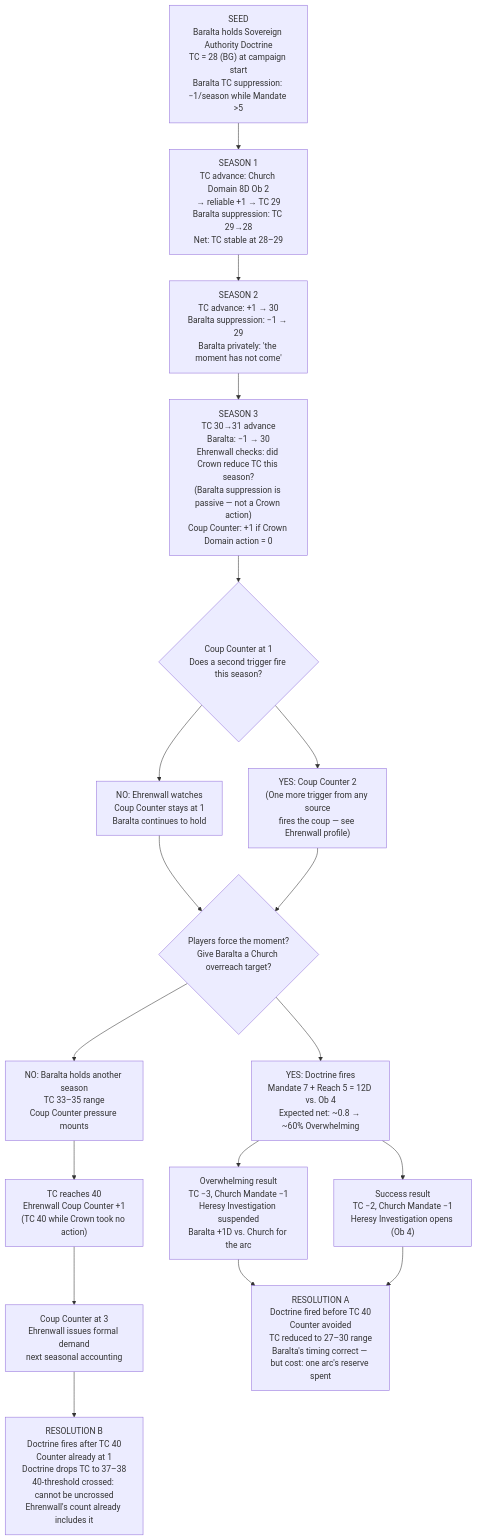
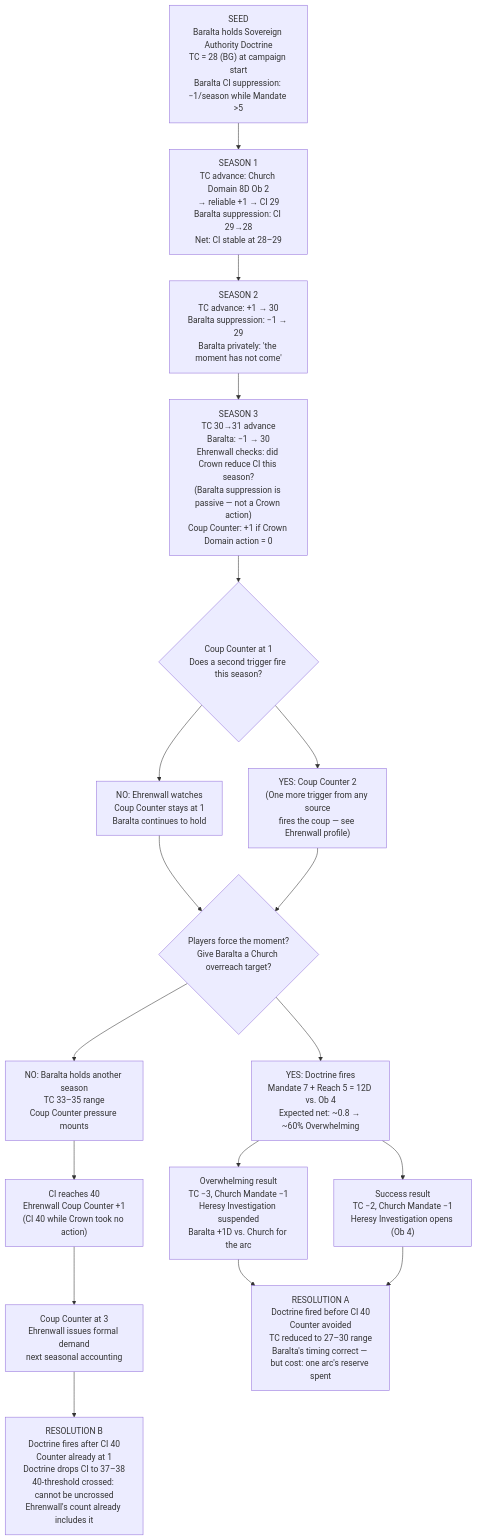
The third of 4 diagrams in designs/arcs/gm_ref/arcs_01_04.md (jordanelias/ttrpg), drawn with Mermaid before and after one commit. The commit also changed other lines of this file and 59 other files, not shown here.

````diff
--- a/designs/arcs/gm_ref/arcs_01_04.md
+++ b/designs/arcs/gm_ref/arcs_01_04.md
@@ -170,26 +170,26 @@
 ```mermaid
 flowchart TD
-    A["SEED\nBaralta holds Sovereign Authority Doctrine\nTC = 28 (BG) at campaign start\nBaralta TC suppression: −1/season while Mandate >5"]
-    B["SEASON 1\nTC advance: Church Domain 8D Ob 2\n→ reliable +1 → TC 29\nBaralta suppression: TC 29→28\nNet: TC stable at 28–29"]
+    A["SEED\nBaralta holds Sovereign Authority Doctrine\nTC = 28 (BG) at campaign start\nBaralta CI suppression: −1/season while Mandate >5"]
+    B["SEASON 1\nTC advance: Church Domain 8D Ob 2\n→ reliable +1 → CI 29\nBaralta suppression: CI 29→28\nNet: CI stable at 28–29"]
     C["SEASON 2\nTC advance: +1 → 30\nBaralta suppression: −1 → 29\nBaralta privately: 'the moment has not come'"]
-    D["SEASON 3\nTC 30→31 advance\nBaralta: −1 → 30\nEhrenwall checks: did Crown reduce TC this season?\n(Baralta suppression is passive — not a Crown action)\nCoup Counter: +1 if Crown Domain action = 0"]
+    D["SEASON 3\nTC 30→31 advance\nBaralta: −1 → 30\nEhrenwall checks: did Crown reduce CI this season?\n(Baralta suppression is passive — not a Crown action)\nCoup Counter: +1 if Crown Domain action = 0"]
     E{"Coup Counter at 1\nDoes a second trigger fire this season?"}
     F["NO: Ehrenwall watches\nCoup Counter stays at 1\nBaralta continues to hold"]
     G["YES: Coup Counter 2\n(One more trigger from any source\nfires the coup — see Ehrenwall profile)"]
     H{"Players force the moment?\nGive Baralta a Church overreach target?"}
     I["YES: Doctrine fires\nMandate 7 + Reach 5 = 12D vs. Ob 4\nExpected net: ~0.8 → ~60% Overwhelming"]
     J["Overwhelming result\nTC −3, Church Mandate −1\nHeresy Investigation suspended\nBaralta +1D vs. Church for the arc"]
     K["Success result\nTC −2, Church Mandate −1\nHeresy Investigation opens (Ob 4)"]
     L["NO: Baralta holds another season\nTC 33–35 range\nCoup Counter pressure mounts"]
-    M["TC reaches 40\nEhrenwall Coup Counter +1\n(TC 40 while Crown took no action)"]
+    M["CI reaches 40\nEhrenwall Coup Counter +1\n(CI 40 while Crown took no action)"]
     N["Coup Counter at 3\nEhrenwall issues formal demand\nnext seasonal accounting"]
-    O["RESOLUTION A\nDoctrine fired before TC 40\nCounter avoided\nTC reduced to 27–30 range\nBaralta's timing correct — but cost: one arc's reserve spent"]
-    P["RESOLUTION B\nDoctrine fires after TC 40\nCounter already at 1\nDoctrine drops TC to 37–38\n40-threshold crossed: cannot be uncrossed\nEhrenwall's count already includes it"]
+    O["RESOLUTION A\nDoctrine fired before CI 40\nCounter avoided\nTC reduced to 27–30 range\nBaralta's timing correct — but cost: one arc's reserve spent"]
+    P["RESOLUTION B\nDoctrine fires after CI 40\nCounter already at 1\nDoctrine drops CI to 37–38\n40-threshold crossed: cannot be uncrossed\nEhrenwall's count already includes it"]
 
     A --> B --> C --> D --> E
     E --> F --> H
     E --> G --> H
     H --> I --> J --> O
     I --> K --> O
     H --> L --> M --> N --> P
 ```
````
